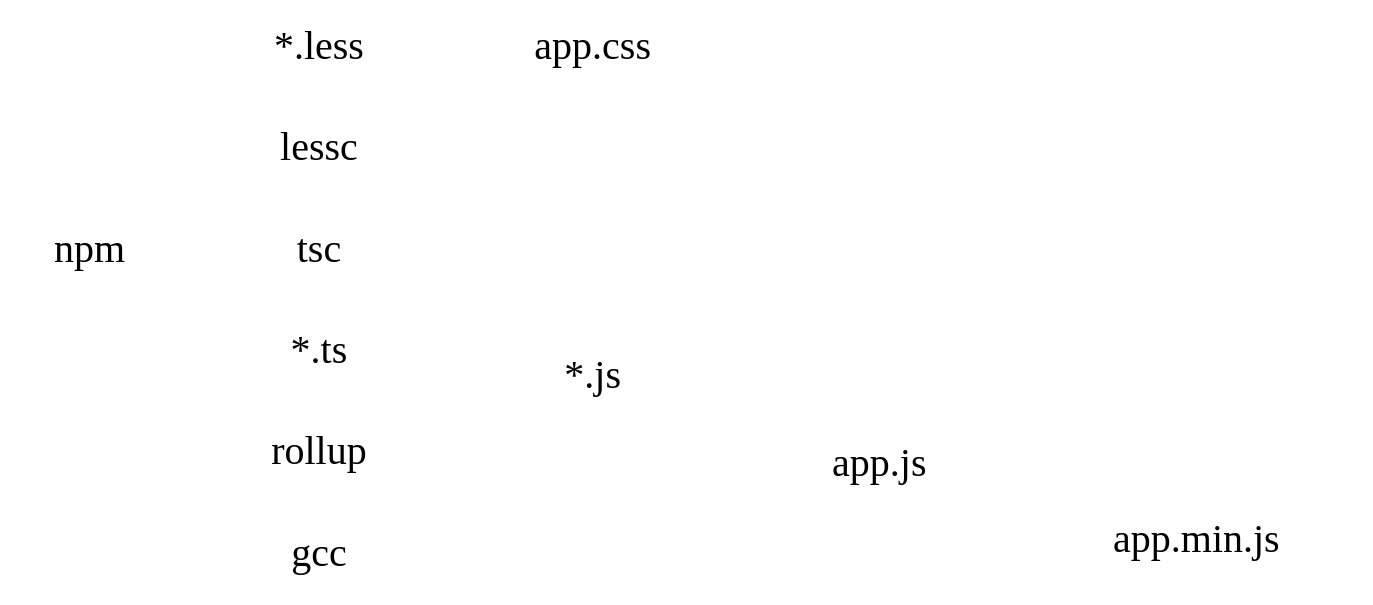
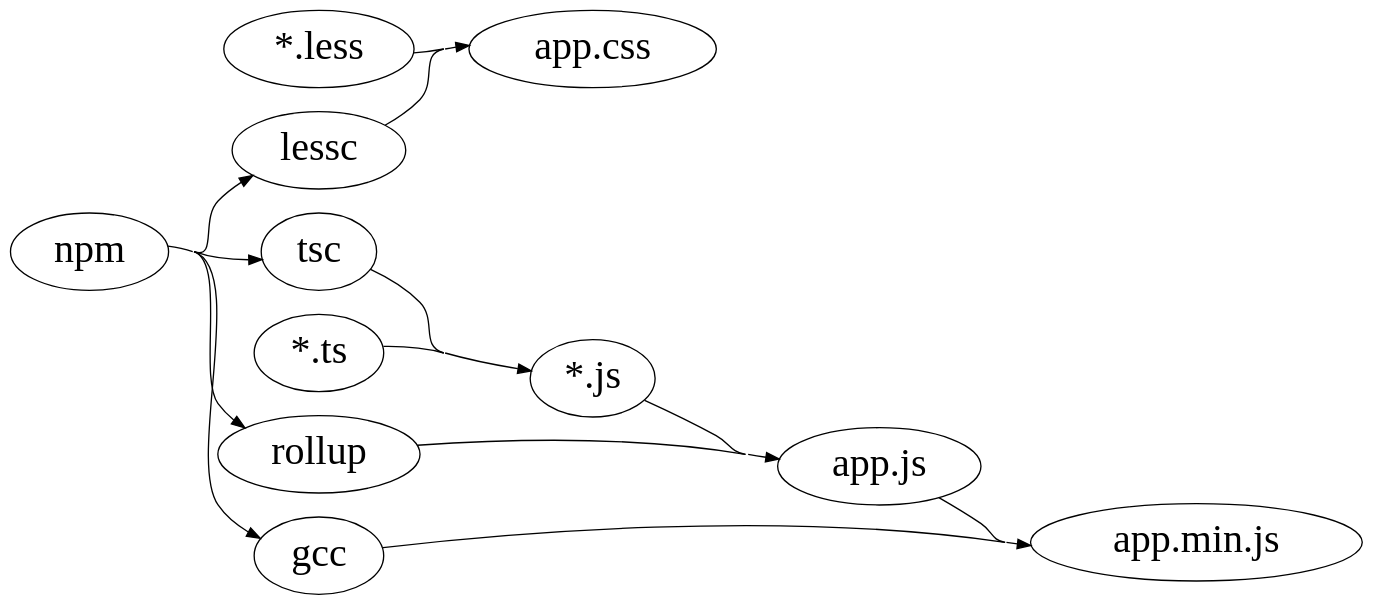
The diagram in .dot/build.dot (ondras/es6-boilerplate), drawn with Graphviz before and after one commit. The commit also changed 1 other file, not shown here.

```diff
--- a/.dot/build.dot
+++ b/.dot/build.dot
@@ -1,34 +1,34 @@
 digraph G {
   bgcolor=transparent
   rankdir=LR
   concentrate=true
 
-  node [fontsize=30, color=white]
-  edge [fontsize=30, color=white]
+  node [fontsize=30, color=black]
+  edge [fontsize=30, color=black]
 
   less [label="*.less"]
   ts [label="*.ts"]
   js [label="*.js"]
   app [label="app.js"]
   min [label="app.min.js"]
   css [label="app.css"]
 
   { rank="same"; lessc; rollup; gcc; tsc; }
 
   npm -> lessc
   npm -> rollup
   npm -> gcc
   npm -> tsc
 
   less -> css
   lessc -> css
 
   ts -> js
   tsc -> js
 
   js -> app
   rollup -> app
 
   app -> min
   gcc -> min [label=" "]
 }
```
